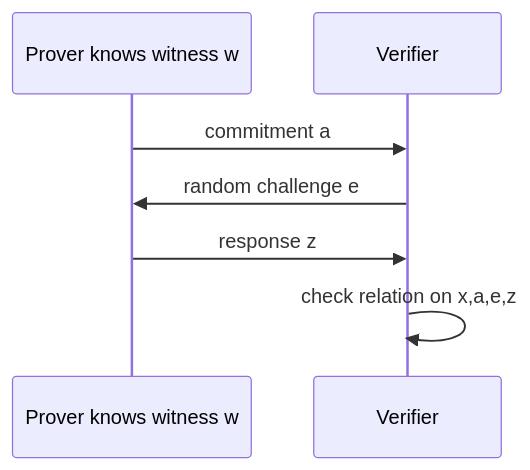
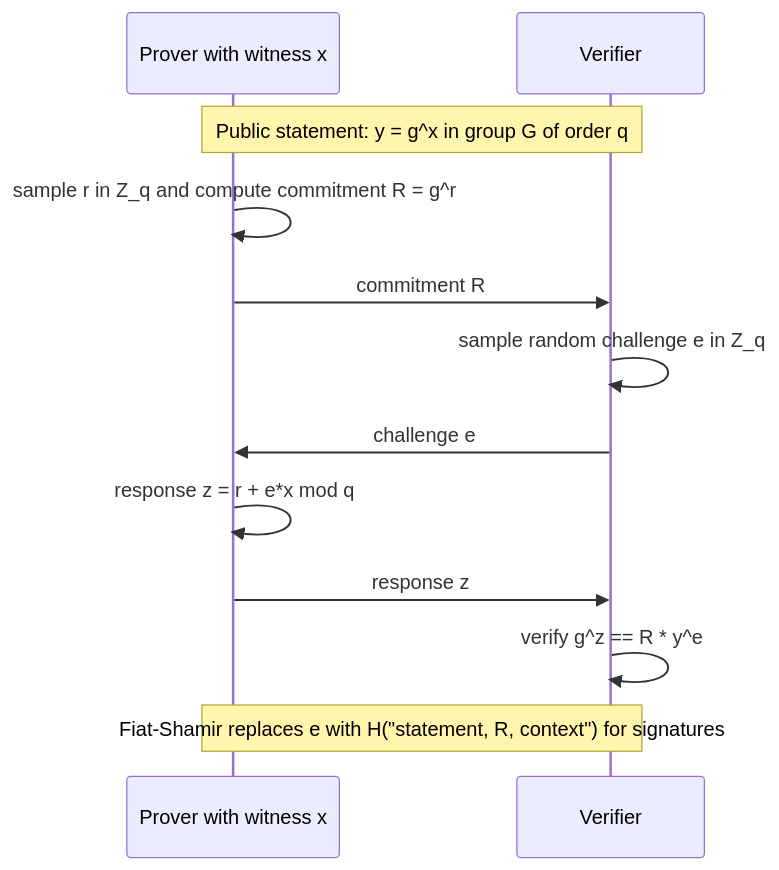
The diagram in docs/cs/cryptography/zero-knowledge-proofs.md (justinbrianhwang/SJ-wiki), drawn with Mermaid before and after one commit. The commit also changed other lines of this file and 1858 other files, not shown here.

Commit message:
Upgrade Mermaid diagrams to real architecture level across DL/CS-systems/CS-applied/QIS/Physics+Math+Chem (~728 mermaid blocks total): detailed sublayers, residuals, dimensions, shape transitions, subgraph grouping

````diff
--- a/docs/cs/cryptography/zero-knowledge-proofs.md
+++ b/docs/cs/cryptography/zero-knowledge-proofs.md
@@ -94,9 +94,14 @@
 ```mermaid
 sequenceDiagram
-  participant P as Prover knows witness w
+  participant P as Prover with witness x
   participant V as Verifier
-  P->>V: commitment a
-  V->>P: random challenge e
+  Note over P,V: Public statement: y = g^x in group G of order q
+  P->>P: sample r in Z_q and compute commitment R = g^r
+  P->>V: commitment R
+  V->>V: sample random challenge e in Z_q
+  V->>P: challenge e
+  P->>P: response z = r + e*x mod q
   P->>V: response z
-  V->>V: check relation on x,a,e,z
+  V->>V: verify g^z == R * y^e
+  Note over P,V: Fiat-Shamir replaces e with H("statement, R, context") for signatures
 ```
````
